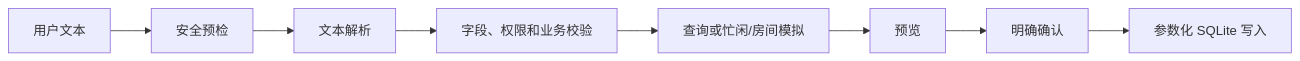
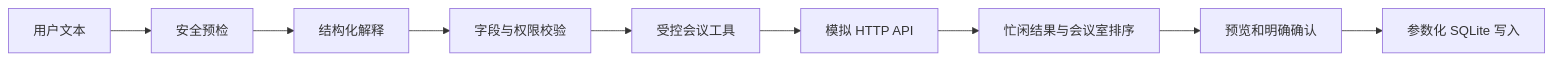
The diagram in DESIGN.md (wangluo516/agent), drawn with Mermaid before and after one commit. The commit also changed other lines of this file and 27 other files, not shown here.

````diff
--- a/DESIGN.md
+++ b/DESIGN.md
@@ -19,10 +18,11 @@
 ```mermaid
 flowchart LR
-  U[用户文本] --> P[安全预检]
-  P --> I[文本解析]
-  I --> V[字段、权限和业务校验]
-  V --> Q[查询或忙闲/房间模拟]
-  Q --> R[预览]
-  R --> C[明确确认]
-  C --> W[参数化 SQLite 写入]
+  U["用户文本"] --> P["安全预检"]
+  P --> I["结构化解释"]
+  I --> V["字段与权限校验"]
+  V --> T["受控会议工具"]
+  T --> H["模拟 HTTP API"]
+  H --> R["忙闲结果与会议室排序"]
+  R --> C["预览和明确确认"]
+  C --> D["参数化 SQLite 写入"]
 ```
````
